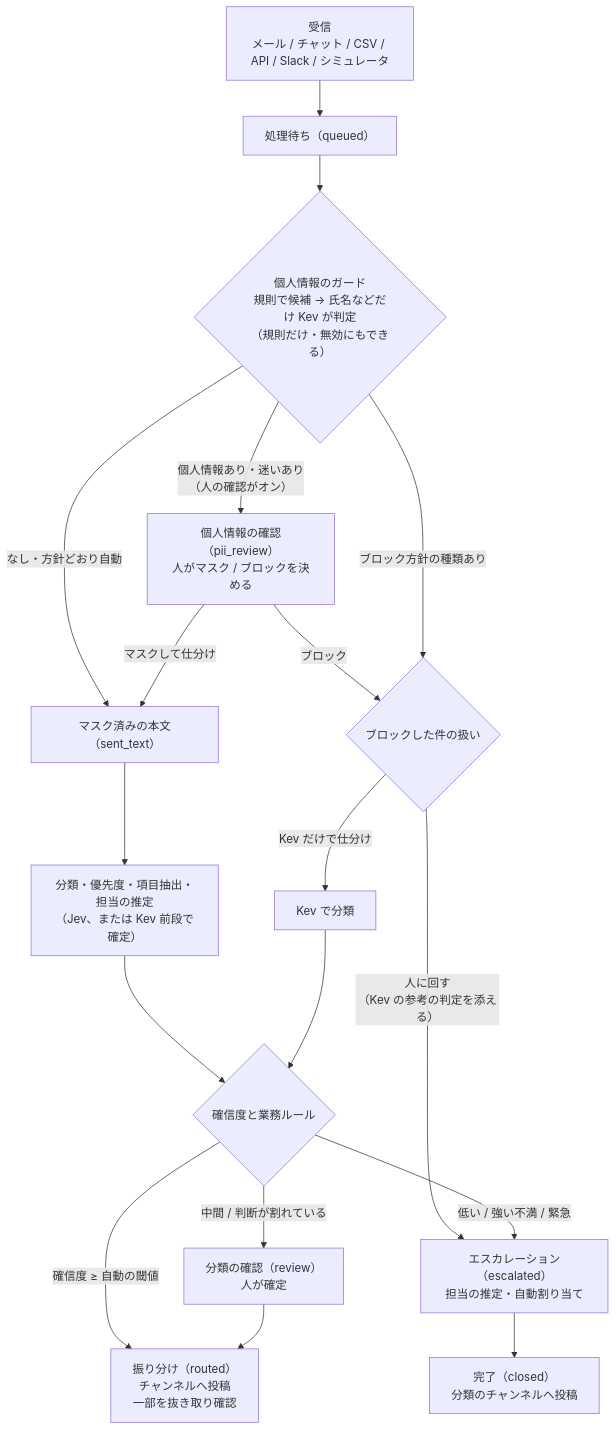
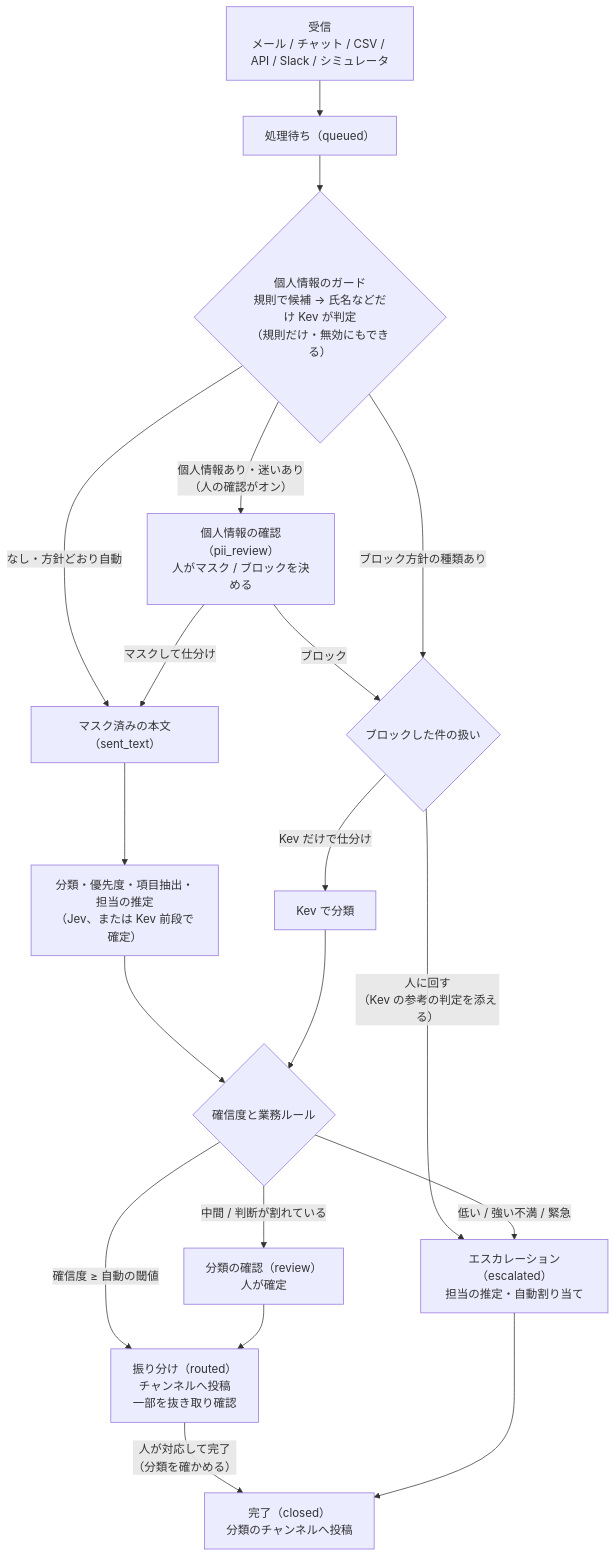
One commit to k-shimura7617/jevlab changed the second of 2 diagrams in docs/architecture.md. Above: the diagram before and after it, drawn with Mermaid. The commit also changed other lines of this file and 10 other files, not shown here.

````diff
--- a/docs/architecture.md
+++ b/docs/architecture.md
@@ -137,20 +137,21 @@
 ```mermaid
 flowchart TD
   In["受信<br/>メール / チャット / CSV / API / Slack / シミュレータ"] --> Q["処理待ち（queued）"]
   Q --> G{"個人情報のガード<br/>規則で候補 → 氏名などだけ Kev が判定<br/>（規則だけ・無効にもできる）"}
   G -- "個人情報あり・迷いあり<br/>（人の確認がオン）" --> P["個人情報の確認（pii_review）<br/>人がマスク / ブロックを決める"]
   G -- "なし・方針どおり自動" --> M["マスク済みの本文（sent_text）"]
   P -- "マスクして仕分け" --> M
   P -- "ブロック" --> B{"ブロックした件の扱い"}
   G -- "ブロック方針の種類あり" --> B
   B -- "人に回す<br/>（Kev の参考の判定を添える）" --> E
   B -- "Kev だけで仕分け" --> KV["Kev で分類"]
   M --> C["分類・優先度・項目抽出・担当の推定<br/>（Jev、または Kev 前段で確定）"]
   C --> R{"確信度と業務ルール"}
   R -- "確信度 ≥ 自動の閾値" --> RT["振り分け（routed）<br/>チャンネルへ投稿<br/>一部を抜き取り確認"]
   R -- "中間 / 判断が割れている" --> RV["分類の確認（review）<br/>人が確定"]
   R -- "低い / 強い不満 / 緊急" --> E["エスカレーション（escalated）<br/>担当の推定・自動割り当て"]
   RV --> RT
+  RT -- "人が対応して完了<br/>（分類を確かめる）" --> CL
   E --> CL["完了（closed）<br/>分類のチャンネルへ投稿"]
   KV --> R
 ```
````
